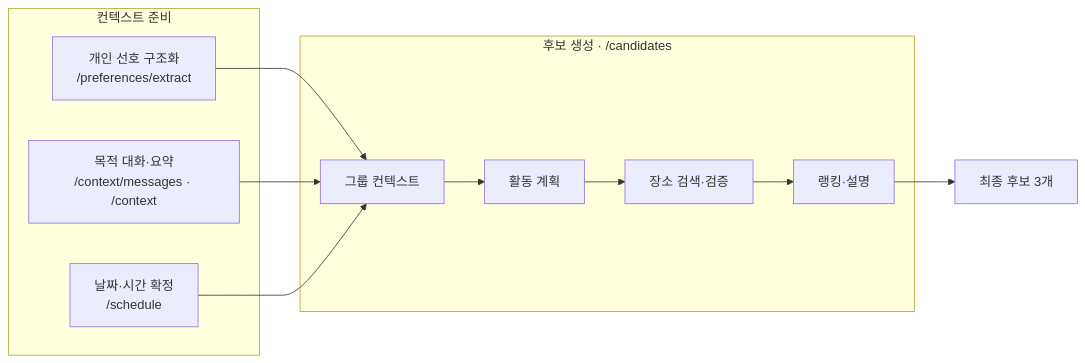
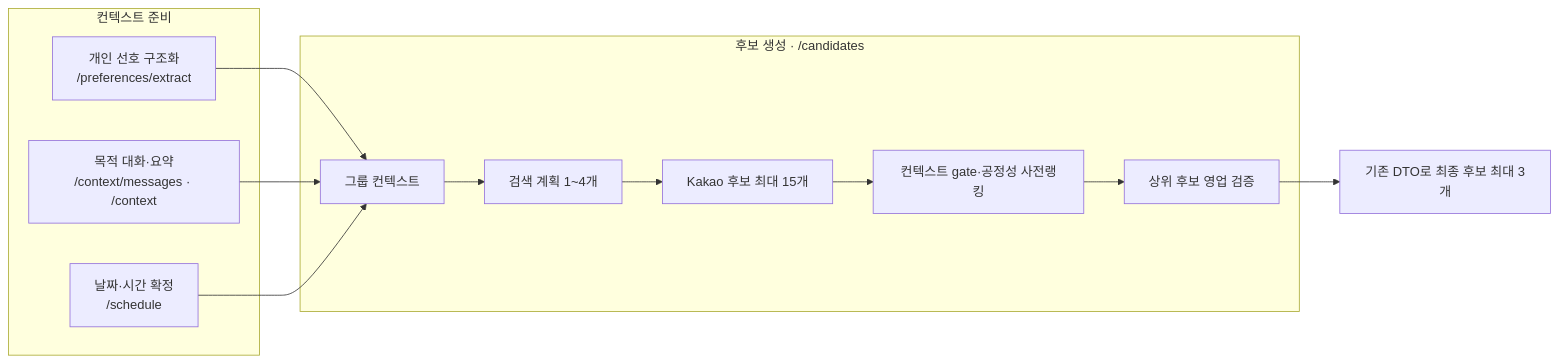
Before and after one commit to damoyeo-team20/damoyeo-AI: the second of 3 diagrams in README.md, drawn with Mermaid. The commit also changed other lines of this file and 20 other files, not shown here.

````diff
--- a/README.md
+++ b/README.md
@@ -89,20 +90,21 @@
 ```mermaid
 flowchart LR
     subgraph PREP["컨텍스트 준비"]
         P["개인 선호 구조화<br/>/preferences/extract"]
         C["목적 대화·요약<br/>/context/messages · /context"]
         S["날짜·시간 확정<br/>/schedule"]
     end
 
     P --> G["그룹 컨텍스트"]
     C --> G
     S --> G
 
     subgraph DECISION["후보 생성 · /candidates"]
-        G --> A["활동 계획"]
-        A --> V["장소 검색·검증"]
-        V --> R["랭킹·설명"]
+        G --> A["검색 계획 1~4개"]
+        A --> K["Kakao 후보 최대 15개"]
+        K --> R["컨텍스트 gate·공정성 사전랭킹"]
+        R --> V["상위 후보 영업 검증"]
     end
 
-    R --> O["최종 후보 3개"]
+    V --> O["기존 DTO로 최종 후보 최대 3개"]
 ```
````
